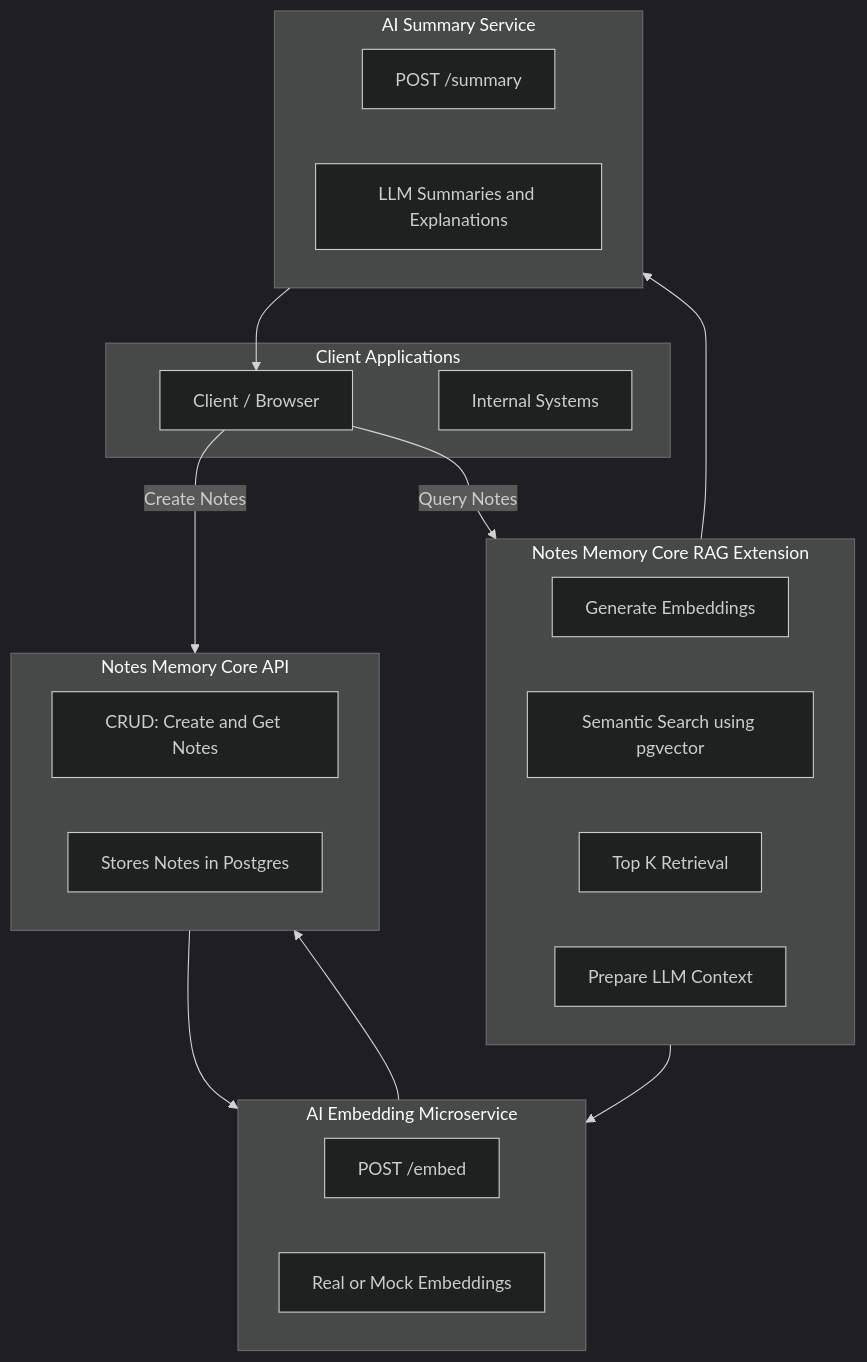
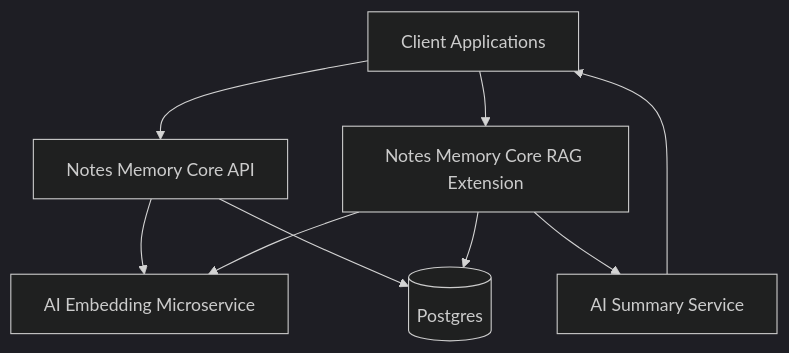
The diagram in profile/README.md (ai-backend-course/.github), drawn with Mermaid (dark theme) before and after one commit. The commit also changed other lines of this file, not shown here.

Commit message:
Refactor flowchart in README.md for clarity
Simplified the flowchart by removing subgraphs and redundant nodes.

````diff
--- a/profile/README.md
+++ b/profile/README.md
@@ -10,39 +10,15 @@
 ```mermaid
 flowchart TD
 
-    subgraph ClientApps[Client Applications]
-        A[Client / Browser] 
-        B[Internal Systems]
-    end
+    Client[Client Applications] --> NotesCore[Notes Memory Core API]
+    Client --> RAGCore[Notes Memory Core RAG Extension]
 
-    subgraph NotesMemoryCore[Notes Memory Core API]
-        N1[CRUD: Create and Get Notes]
-        N2[Stores Notes in Postgres]
-    end
+    NotesCore --> EmbedService[AI Embedding Microservice]
+    RAGCore --> EmbedService
 
-    subgraph EmbeddingService[AI Embedding Microservice]
-        E1[POST /embed]
-        E2[Real or Mock Embeddings]
-    end
+    RAGCore --> SummaryService[AI Summary Service]
+    SummaryService --> Client
 
-    subgraph RAGCore[Notes Memory Core RAG Extension]
-        R1[Generate Embeddings]
-        R2[Semantic Search using pgvector]
-        R3[Top K Retrieval]
-        R4[Prepare LLM Context]
-    end
-
-    subgraph SummaryService[AI Summary Service]
-        S1[POST /summary]
-        S2[LLM Summaries and Explanations]
-    end
-
-    A -->|Create Notes| NotesMemoryCore
-    NotesMemoryCore --> EmbeddingService
-    EmbeddingService --> NotesMemoryCore
-
-    A -->|Query Notes| RAGCore
-    RAGCore --> EmbeddingService
-    RAGCore --> SummaryService
-    SummaryService --> A
+    NotesCore --> DB[(Postgres)]
+    RAGCore --> DB
 ```
````
